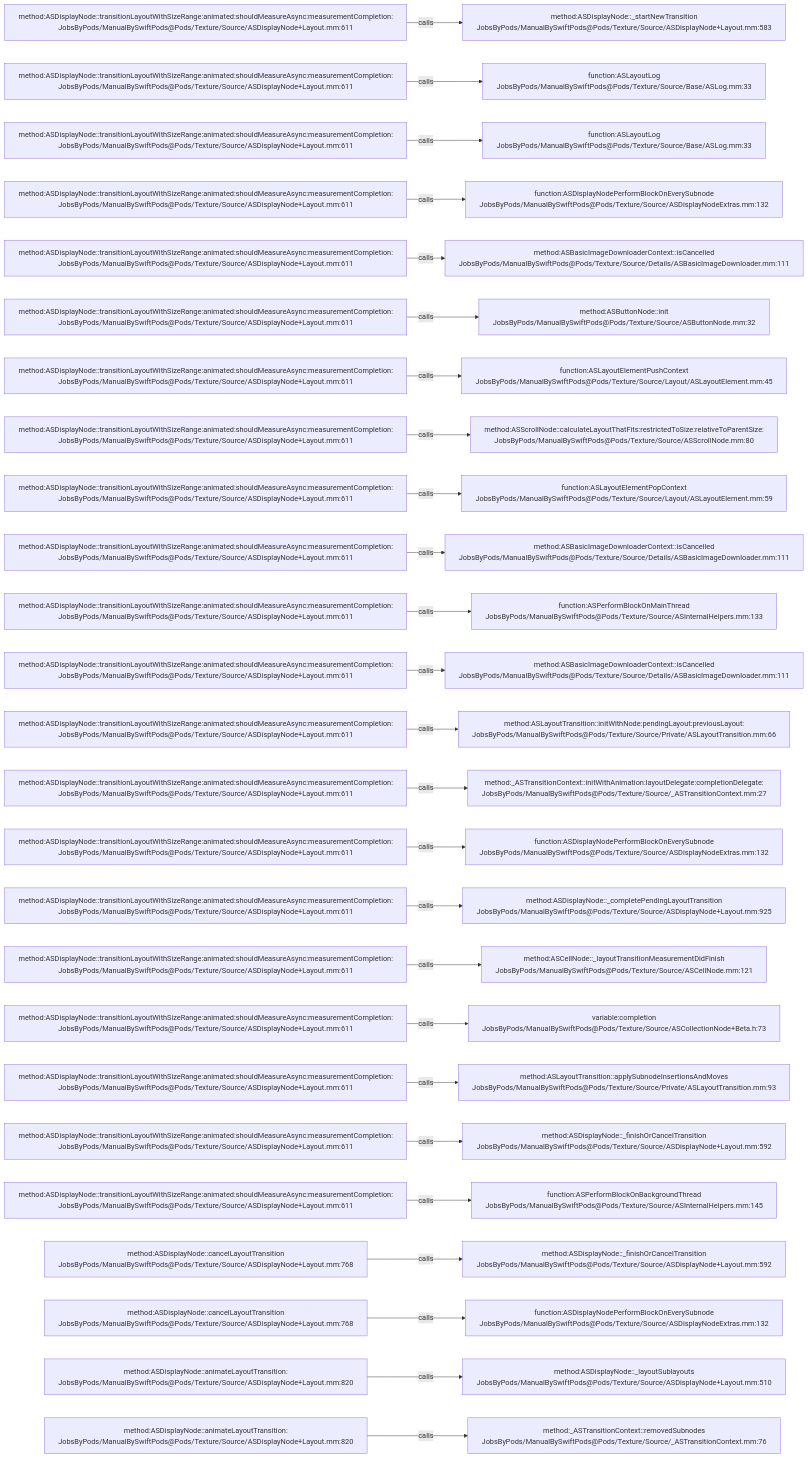
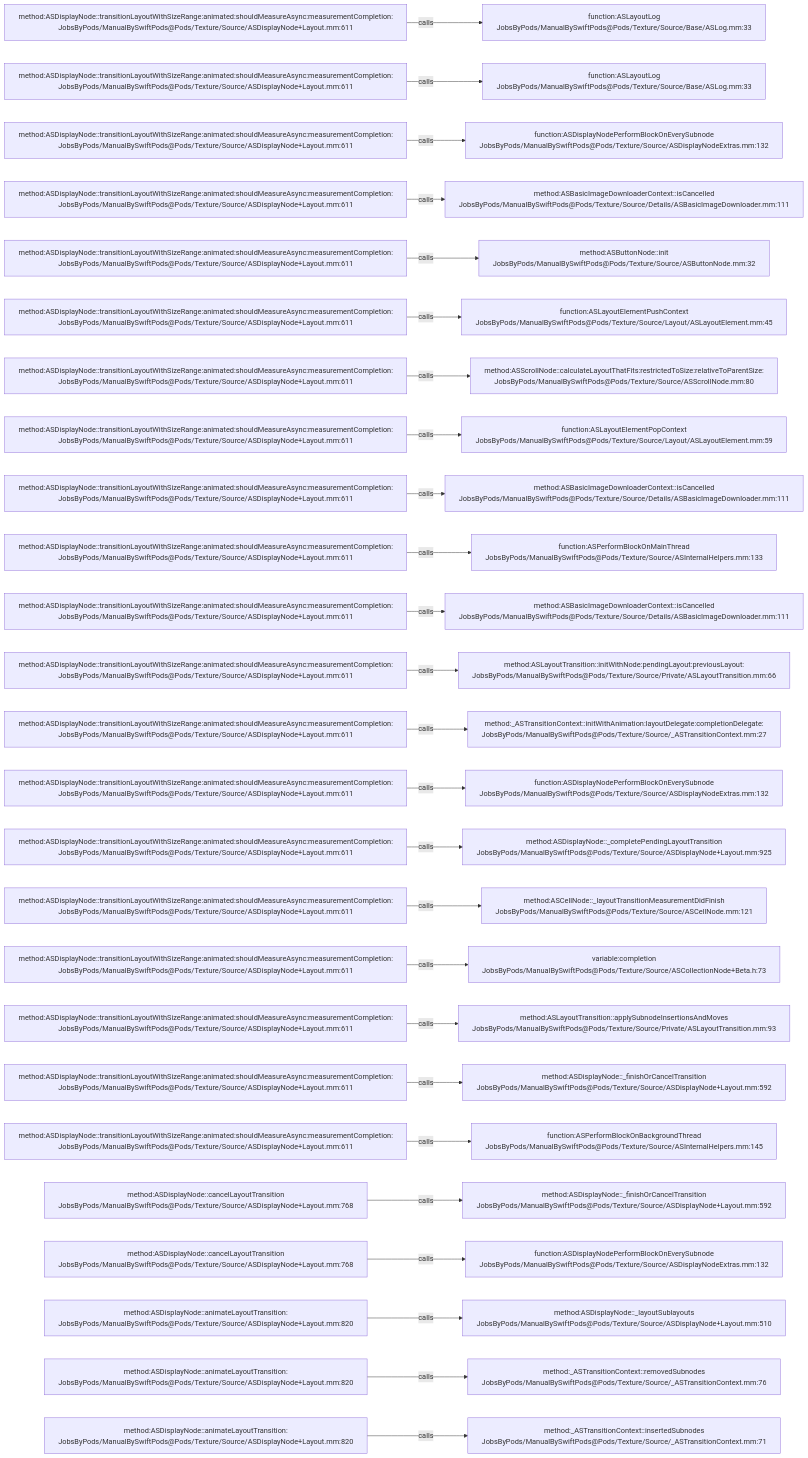
One commit to JobsKits/JobsSwiftBaseConfigDemo changed the diagram in .codegraph/codegraph.md/graphs/calls-023.md. Above: the diagram before and after it, drawn with Mermaid. The commit also changed 747 other files, not shown here.

````diff
--- a/.codegraph/codegraph.md/graphs/calls-023.md
+++ b/.codegraph/codegraph.md/graphs/calls-023.md
@@ -13,78 +13,78 @@
 ```mermaid
 flowchart LR
   S1["method:ASDisplayNode::transitionLayoutWithSizeRange:animated:shouldMeasureAsync:measurementCompletion:<br/>JobsByPods/ManualBySwiftPods@Pods/Texture/Source/ASDisplayNode+Layout.mm:611"]
-  T1["method:ASDisplayNode::_startNewTransition<br/>JobsByPods/ManualBySwiftPods@Pods/Texture/Source/ASDisplayNode+Layout.mm:583"]
+  T1["function:ASLayoutLog<br/>JobsByPods/ManualBySwiftPods@Pods/Texture/Source/Base/ASLog.mm:33"]
   S1 -->|calls| T1
   S2["method:ASDisplayNode::transitionLayoutWithSizeRange:animated:shouldMeasureAsync:measurementCompletion:<br/>JobsByPods/ManualBySwiftPods@Pods/Texture/Source/ASDisplayNode+Layout.mm:611"]
   T2["function:ASLayoutLog<br/>JobsByPods/ManualBySwiftPods@Pods/Texture/Source/Base/ASLog.mm:33"]
   S2 -->|calls| T2
   S3["method:ASDisplayNode::transitionLayoutWithSizeRange:animated:shouldMeasureAsync:measurementCompletion:<br/>JobsByPods/ManualBySwiftPods@Pods/Texture/Source/ASDisplayNode+Layout.mm:611"]
-  T3["function:ASLayoutLog<br/>JobsByPods/ManualBySwiftPods@Pods/Texture/Source/Base/ASLog.mm:33"]
+  T3["function:ASDisplayNodePerformBlockOnEverySubnode<br/>JobsByPods/ManualBySwiftPods@Pods/Texture/Source/ASDisplayNodeExtras.mm:132"]
   S3 -->|calls| T3
   S4["method:ASDisplayNode::transitionLayoutWithSizeRange:animated:shouldMeasureAsync:measurementCompletion:<br/>JobsByPods/ManualBySwiftPods@Pods/Texture/Source/ASDisplayNode+Layout.mm:611"]
-  T4["function:ASDisplayNodePerformBlockOnEverySubnode<br/>JobsByPods/ManualBySwiftPods@Pods/Texture/Source/ASDisplayNodeExtras.mm:132"]
+  T4["method:ASBasicImageDownloaderContext::isCancelled<br/>JobsByPods/ManualBySwiftPods@Pods/Texture/Source/Details/ASBasicImageDownloader.mm:111"]
   S4 -->|calls| T4
   S5["method:ASDisplayNode::transitionLayoutWithSizeRange:animated:shouldMeasureAsync:measurementCompletion:<br/>JobsByPods/ManualBySwiftPods@Pods/Texture/Source/ASDisplayNode+Layout.mm:611"]
-  T5["method:ASBasicImageDownloaderContext::isCancelled<br/>JobsByPods/ManualBySwiftPods@Pods/Texture/Source/Details/ASBasicImageDownloader.mm:111"]
+  T5["method:ASButtonNode::init<br/>JobsByPods/ManualBySwiftPods@Pods/Texture/Source/ASButtonNode.mm:32"]
   S5 -->|calls| T5
   S6["method:ASDisplayNode::transitionLayoutWithSizeRange:animated:shouldMeasureAsync:measurementCompletion:<br/>JobsByPods/ManualBySwiftPods@Pods/Texture/Source/ASDisplayNode+Layout.mm:611"]
-  T6["method:ASButtonNode::init<br/>JobsByPods/ManualBySwiftPods@Pods/Texture/Source/ASButtonNode.mm:32"]
+  T6["function:ASLayoutElementPushContext<br/>JobsByPods/ManualBySwiftPods@Pods/Texture/Source/Layout/ASLayoutElement.mm:45"]
   S6 -->|calls| T6
   S7["method:ASDisplayNode::transitionLayoutWithSizeRange:animated:shouldMeasureAsync:measurementCompletion:<br/>JobsByPods/ManualBySwiftPods@Pods/Texture/Source/ASDisplayNode+Layout.mm:611"]
-  T7["function:ASLayoutElementPushContext<br/>JobsByPods/ManualBySwiftPods@Pods/Texture/Source/Layout/ASLayoutElement.mm:45"]
+  T7["method:ASScrollNode::calculateLayoutThatFits:restrictedToSize:relativeToParentSize:<br/>JobsByPods/ManualBySwiftPods@Pods/Texture/Source/ASScrollNode.mm:80"]
   S7 -->|calls| T7
   S8["method:ASDisplayNode::transitionLayoutWithSizeRange:animated:shouldMeasureAsync:measurementCompletion:<br/>JobsByPods/ManualBySwiftPods@Pods/Texture/Source/ASDisplayNode+Layout.mm:611"]
-  T8["method:ASScrollNode::calculateLayoutThatFits:restrictedToSize:relativeToParentSize:<br/>JobsByPods/ManualBySwiftPods@Pods/Texture/Source/ASScrollNode.mm:80"]
+  T8["function:ASLayoutElementPopContext<br/>JobsByPods/ManualBySwiftPods@Pods/Texture/Source/Layout/ASLayoutElement.mm:59"]
   S8 -->|calls| T8
   S9["method:ASDisplayNode::transitionLayoutWithSizeRange:animated:shouldMeasureAsync:measurementCompletion:<br/>JobsByPods/ManualBySwiftPods@Pods/Texture/Source/ASDisplayNode+Layout.mm:611"]
-  T9["function:ASLayoutElementPopContext<br/>JobsByPods/ManualBySwiftPods@Pods/Texture/Source/Layout/ASLayoutElement.mm:59"]
+  T9["method:ASBasicImageDownloaderContext::isCancelled<br/>JobsByPods/ManualBySwiftPods@Pods/Texture/Source/Details/ASBasicImageDownloader.mm:111"]
   S9 -->|calls| T9
   S10["method:ASDisplayNode::transitionLayoutWithSizeRange:animated:shouldMeasureAsync:measurementCompletion:<br/>JobsByPods/ManualBySwiftPods@Pods/Texture/Source/ASDisplayNode+Layout.mm:611"]
-  T10["method:ASBasicImageDownloaderContext::isCancelled<br/>JobsByPods/ManualBySwiftPods@Pods/Texture/Source/Details/ASBasicImageDownloader.mm:111"]
+  T10["function:ASPerformBlockOnMainThread<br/>JobsByPods/ManualBySwiftPods@Pods/Texture/Source/ASInternalHelpers.mm:133"]
   S10 -->|calls| T10
   S11["method:ASDisplayNode::transitionLayoutWithSizeRange:animated:shouldMeasureAsync:measurementCompletion:<br/>JobsByPods/ManualBySwiftPods@Pods/Texture/Source/ASDisplayNode+Layout.mm:611"]
-  T11["function:ASPerformBlockOnMainThread<br/>JobsByPods/ManualBySwiftPods@Pods/Texture/Source/ASInternalHelpers.mm:133"]
+  T11["method:ASBasicImageDownloaderContext::isCancelled<br/>JobsByPods/ManualBySwiftPods@Pods/Texture/Source/Details/ASBasicImageDownloader.mm:111"]
   S11 -->|calls| T11
   S12["method:ASDisplayNode::transitionLayoutWithSizeRange:animated:shouldMeasureAsync:measurementCompletion:<br/>JobsByPods/ManualBySwiftPods@Pods/Texture/Source/ASDisplayNode+Layout.mm:611"]
-  T12["method:ASBasicImageDownloaderContext::isCancelled<br/>JobsByPods/ManualBySwiftPods@Pods/Texture/Source/Details/ASBasicImageDownloader.mm:111"]
+  T12["method:ASLayoutTransition::initWithNode:pendingLayout:previousLayout:<br/>JobsByPods/ManualBySwiftPods@Pods/Texture/Source/Private/ASLayoutTransition.mm:66"]
   S12 -->|calls| T12
   S13["method:ASDisplayNode::transitionLayoutWithSizeRange:animated:shouldMeasureAsync:measurementCompletion:<br/>JobsByPods/ManualBySwiftPods@Pods/Texture/Source/ASDisplayNode+Layout.mm:611"]
-  T13["method:ASLayoutTransition::initWithNode:pendingLayout:previousLayout:<br/>JobsByPods/ManualBySwiftPods@Pods/Texture/Source/Private/ASLayoutTransition.mm:66"]
+  T13["method:_ASTransitionContext::initWithAnimation:layoutDelegate:completionDelegate:<br/>JobsByPods/ManualBySwiftPods@Pods/Texture/Source/_ASTransitionContext.mm:27"]
   S13 -->|calls| T13
   S14["method:ASDisplayNode::transitionLayoutWithSizeRange:animated:shouldMeasureAsync:measurementCompletion:<br/>JobsByPods/ManualBySwiftPods@Pods/Texture/Source/ASDisplayNode+Layout.mm:611"]
-  T14["method:_ASTransitionContext::initWithAnimation:layoutDelegate:completionDelegate:<br/>JobsByPods/ManualBySwiftPods@Pods/Texture/Source/_ASTransitionContext.mm:27"]
+  T14["function:ASDisplayNodePerformBlockOnEverySubnode<br/>JobsByPods/ManualBySwiftPods@Pods/Texture/Source/ASDisplayNodeExtras.mm:132"]
   S14 -->|calls| T14
   S15["method:ASDisplayNode::transitionLayoutWithSizeRange:animated:shouldMeasureAsync:measurementCompletion:<br/>JobsByPods/ManualBySwiftPods@Pods/Texture/Source/ASDisplayNode+Layout.mm:611"]
-  T15["function:ASDisplayNodePerformBlockOnEverySubnode<br/>JobsByPods/ManualBySwiftPods@Pods/Texture/Source/ASDisplayNodeExtras.mm:132"]
+  T15["method:ASDisplayNode::_completePendingLayoutTransition<br/>JobsByPods/ManualBySwiftPods@Pods/Texture/Source/ASDisplayNode+Layout.mm:925"]
   S15 -->|calls| T15
   S16["method:ASDisplayNode::transitionLayoutWithSizeRange:animated:shouldMeasureAsync:measurementCompletion:<br/>JobsByPods/ManualBySwiftPods@Pods/Texture/Source/ASDisplayNode+Layout.mm:611"]
-  T16["method:ASDisplayNode::_completePendingLayoutTransition<br/>JobsByPods/ManualBySwiftPods@Pods/Texture/Source/ASDisplayNode+Layout.mm:925"]
+  T16["method:ASCellNode::_layoutTransitionMeasurementDidFinish<br/>JobsByPods/ManualBySwiftPods@Pods/Texture/Source/ASCellNode.mm:121"]
   S16 -->|calls| T16
   S17["method:ASDisplayNode::transitionLayoutWithSizeRange:animated:shouldMeasureAsync:measurementCompletion:<br/>JobsByPods/ManualBySwiftPods@Pods/Texture/Source/ASDisplayNode+Layout.mm:611"]
-  T17["method:ASCellNode::_layoutTransitionMeasurementDidFinish<br/>JobsByPods/ManualBySwiftPods@Pods/Texture/Source/ASCellNode.mm:121"]
+  T17["variable:completion<br/>JobsByPods/ManualBySwiftPods@Pods/Texture/Source/ASCollectionNode+Beta.h:73"]
   S17 -->|calls| T17
   S18["method:ASDisplayNode::transitionLayoutWithSizeRange:animated:shouldMeasureAsync:measurementCompletion:<br/>JobsByPods/ManualBySwiftPods@Pods/Texture/Source/ASDisplayNode+Layout.mm:611"]
-  T18["variable:completion<br/>JobsByPods/ManualBySwiftPods@Pods/Texture/Source/ASCollectionNode+Beta.h:73"]
+  T18["method:ASLayoutTransition::applySubnodeInsertionsAndMoves<br/>JobsByPods/ManualBySwiftPods@Pods/Texture/Source/Private/ASLayoutTransition.mm:93"]
   S18 -->|calls| T18
   S19["method:ASDisplayNode::transitionLayoutWithSizeRange:animated:shouldMeasureAsync:measurementCompletion:<br/>JobsByPods/ManualBySwiftPods@Pods/Texture/Source/ASDisplayNode+Layout.mm:611"]
-  T19["method:ASLayoutTransition::applySubnodeInsertionsAndMoves<br/>JobsByPods/ManualBySwiftPods@Pods/Texture/Source/Private/ASLayoutTransition.mm:93"]
+  T19["method:ASDisplayNode::_finishOrCancelTransition<br/>JobsByPods/ManualBySwiftPods@Pods/Texture/Source/ASDisplayNode+Layout.mm:592"]
   S19 -->|calls| T19
   S20["method:ASDisplayNode::transitionLayoutWithSizeRange:animated:shouldMeasureAsync:measurementCompletion:<br/>JobsByPods/ManualBySwiftPods@Pods/Texture/Source/ASDisplayNode+Layout.mm:611"]
-  T20["method:ASDisplayNode::_finishOrCancelTransition<br/>JobsByPods/ManualBySwiftPods@Pods/Texture/Source/ASDisplayNode+Layout.mm:592"]
+  T20["function:ASPerformBlockOnBackgroundThread<br/>JobsByPods/ManualBySwiftPods@Pods/Texture/Source/ASInternalHelpers.mm:145"]
   S20 -->|calls| T20
-  S21["method:ASDisplayNode::transitionLayoutWithSizeRange:animated:shouldMeasureAsync:measurementCompletion:<br/>JobsByPods/ManualBySwiftPods@Pods/Texture/Source/ASDisplayNode+Layout.mm:611"]
-  T21["function:ASPerformBlockOnBackgroundThread<br/>JobsByPods/ManualBySwiftPods@Pods/Texture/Source/ASInternalHelpers.mm:145"]
+  S21["method:ASDisplayNode::cancelLayoutTransition<br/>JobsByPods/ManualBySwiftPods@Pods/Texture/Source/ASDisplayNode+Layout.mm:768"]
+  T21["method:ASDisplayNode::_finishOrCancelTransition<br/>JobsByPods/ManualBySwiftPods@Pods/Texture/Source/ASDisplayNode+Layout.mm:592"]
   S21 -->|calls| T21
   S22["method:ASDisplayNode::cancelLayoutTransition<br/>JobsByPods/ManualBySwiftPods@Pods/Texture/Source/ASDisplayNode+Layout.mm:768"]
-  T22["method:ASDisplayNode::_finishOrCancelTransition<br/>JobsByPods/ManualBySwiftPods@Pods/Texture/Source/ASDisplayNode+Layout.mm:592"]
+  T22["function:ASDisplayNodePerformBlockOnEverySubnode<br/>JobsByPods/ManualBySwiftPods@Pods/Texture/Source/ASDisplayNodeExtras.mm:132"]
   S22 -->|calls| T22
-  S23["method:ASDisplayNode::cancelLayoutTransition<br/>JobsByPods/ManualBySwiftPods@Pods/Texture/Source/ASDisplayNode+Layout.mm:768"]
-  T23["function:ASDisplayNodePerformBlockOnEverySubnode<br/>JobsByPods/ManualBySwiftPods@Pods/Texture/Source/ASDisplayNodeExtras.mm:132"]
+  S23["method:ASDisplayNode::animateLayoutTransition:<br/>JobsByPods/ManualBySwiftPods@Pods/Texture/Source/ASDisplayNode+Layout.mm:820"]
+  T23["method:ASDisplayNode::_layoutSublayouts<br/>JobsByPods/ManualBySwiftPods@Pods/Texture/Source/ASDisplayNode+Layout.mm:510"]
   S23 -->|calls| T23
   S24["method:ASDisplayNode::animateLayoutTransition:<br/>JobsByPods/ManualBySwiftPods@Pods/Texture/Source/ASDisplayNode+Layout.mm:820"]
-  T24["method:ASDisplayNode::_layoutSublayouts<br/>JobsByPods/ManualBySwiftPods@Pods/Texture/Source/ASDisplayNode+Layout.mm:510"]
+  T24["method:_ASTransitionContext::removedSubnodes<br/>JobsByPods/ManualBySwiftPods@Pods/Texture/Source/_ASTransitionContext.mm:76"]
   S24 -->|calls| T24
   S25["method:ASDisplayNode::animateLayoutTransition:<br/>JobsByPods/ManualBySwiftPods@Pods/Texture/Source/ASDisplayNode+Layout.mm:820"]
-  T25["method:_ASTransitionContext::removedSubnodes<br/>JobsByPods/ManualBySwiftPods@Pods/Texture/Source/_ASTransitionContext.mm:76"]
+  T25["method:_ASTransitionContext::insertedSubnodes<br/>JobsByPods/ManualBySwiftPods@Pods/Texture/Source/_ASTransitionContext.mm:71"]
   S25 -->|calls| T25
 ```
````
